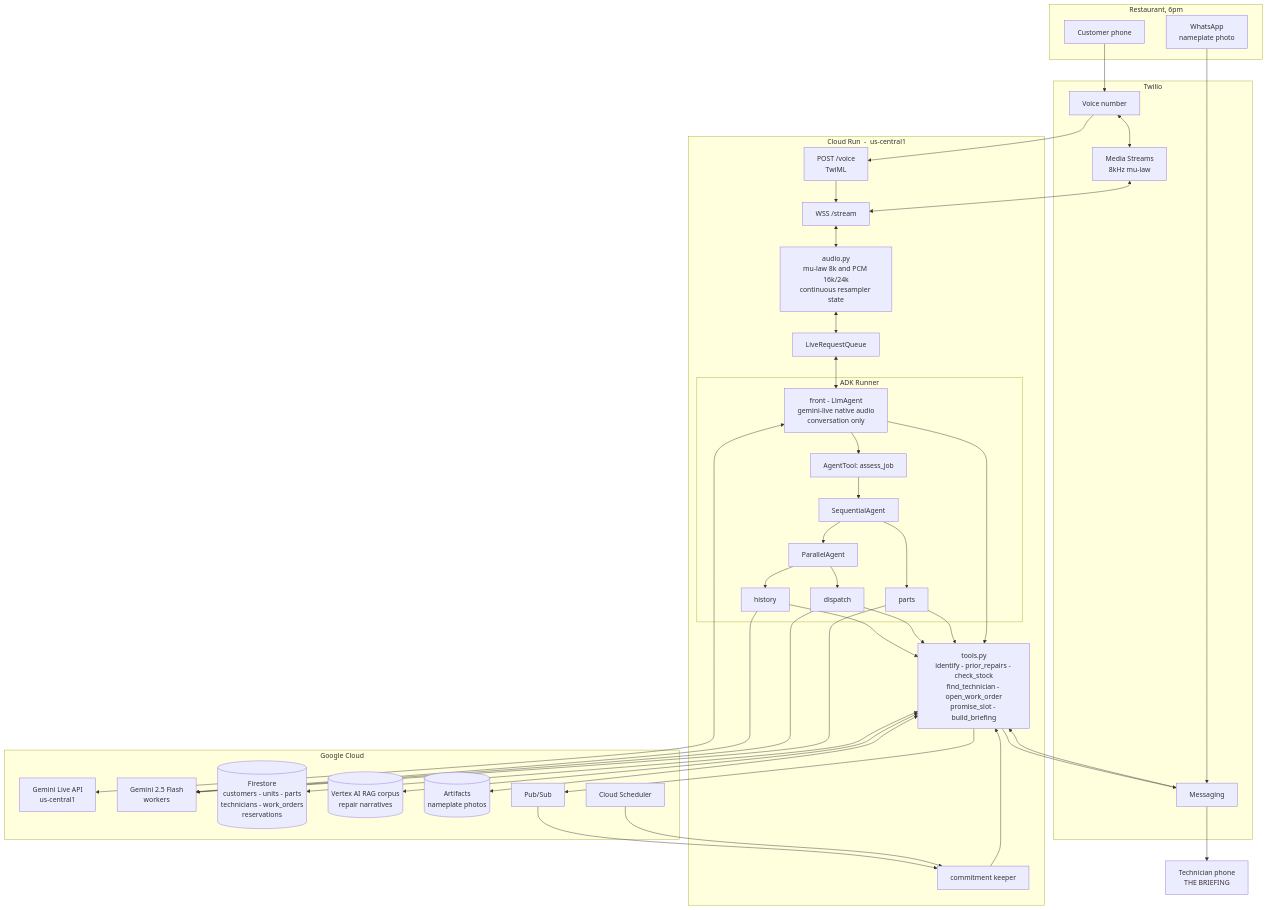
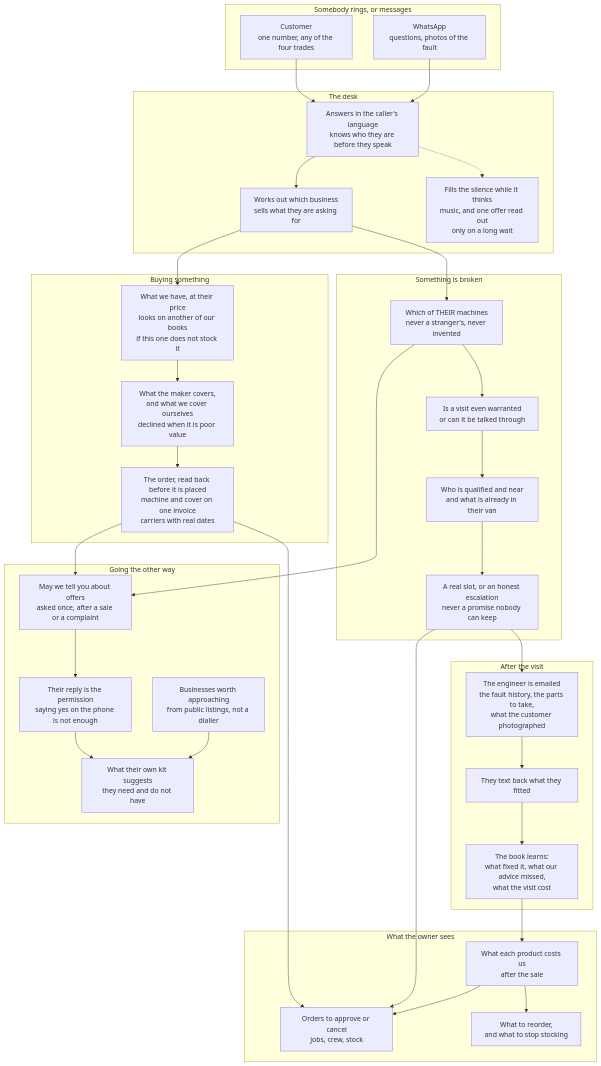
One commit to nirbhay221/praevisum changed the first of 2 diagrams in docs/architecture.md. Above: the diagram before and after it, drawn with Mermaid. The commit also changed other lines of this file and 226 other files, not shown here.

First line of the commit message:
One desk, four businesses, and the guards that make it honest

````diff
--- a/docs/architecture.md
+++ b/docs/architecture.md
@@ -9,64 +24,67 @@
 ```mermaid
 flowchart TB
-    subgraph caller["Restaurant, 6pm"]
-        PHONE["Customer phone"]
-        WA["WhatsApp<br/>nameplate photo"]
+    subgraph who["Somebody rings, or messages"]
+        CALLER["Customer<br/>one number, any of the four trades"]
+        WHATS["WhatsApp<br/>questions, photos of the fault"]
     end
 
-    subgraph twilio["Twilio"]
-        NUM["Voice number"]
-        MS["Media Streams<br/>8kHz mu-law"]
-        MSG["Messaging"]
+    subgraph desk["The desk"]
+        ANSWER["Answers in the caller's language<br/>knows who they are before they speak"]
+        WHOSE["Works out which business<br/>sells what they are asking for"]
+        HOLD["Fills the silence while it thinks<br/>music, and one offer read out<br/>only on a long wait"]
     end
 
-    subgraph run["Cloud Run &nbsp;-&nbsp; us-central1"]
-        VOICE["POST /voice<br/>TwiML"]
-        WS["WSS /stream"]
-        XC["audio.py<br/>mu-law 8k and PCM 16k/24k<br/>continuous resampler state"]
-        LRQ["LiveRequestQueue"]
-
-        subgraph adk["ADK Runner"]
-            FRONT["front - LlmAgent<br/>gemini-live native audio<br/>conversation only"]
-            AT["AgentTool: assess_job"]
-            SEQ["SequentialAgent"]
-            PAR["ParallelAgent"]
-            HIST["history"]
-            DISP["dispatch"]
-            PARTS["parts"]
-        end
-
-        TOOLS["tools.py<br/>identify - prior_repairs - check_stock<br/>find_technician - open_work_order<br/>promise_slot - build_briefing"]
-        KEEP["commitment keeper"]
+    subgraph buying["Buying something"]
+        FIND["What we have, at their price<br/>looks on another of our books<br/>if this one does not stock it"]
+        COVER["What the maker covers,<br/>and what we cover ourselves<br/>declined when it is poor value"]
+        ORDER["The order, read back before it is placed<br/>machine and cover on one invoice<br/>carriers with real dates"]
     end
 
-    subgraph gcp["Google Cloud"]
-        LIVE["Gemini Live API<br/>us-central1"]
-        FLASH["Gemini 2.5 Flash<br/>workers"]
-        FS[("Firestore<br/>customers - units - parts<br/>technicians - work_orders<br/>reservations")]
-        RAG[("Vertex AI RAG corpus<br/>repair narratives")]
-        ART[("Artifacts<br/>nameplate photos")]
-        PS["Pub/Sub"]
-        SCH["Cloud Scheduler"]
+    subgraph service["Something is broken"]
+        WHICH["Which of THEIR machines<br/>never a stranger's, never invented"]
+        WORTH["Is a visit even warranted<br/>or can it be talked through"]
+        WHO["Who is qualified and near<br/>and what is already in their van"]
+        BOOK["A real slot, or an honest escalation<br/>never a promise nobody can keep"]
     end
 
-    TECH["Technician phone<br/>THE BRIEFING"]
+    subgraph after["After the visit"]
+        BRIEF["The engineer is emailed<br/>the fault history, the parts to take,<br/>what the customer photographed"]
+        FITTED["They text back what they fitted"]
+        LEARN["The book learns:<br/>what fixed it, what our advice missed,<br/>what the visit cost"]
+    end
 
-    PHONE --> NUM --> VOICE --> WS
-    NUM <--> MS <--> WS
-    WA --> MSG --> TOOLS
-    WS <--> XC <--> LRQ <--> FRONT
-    FRONT <--> LIVE
-    FRONT --> AT --> SEQ
-    SEQ --> PAR --> HIST & DISP
-    SEQ --> PARTS
-    HIST & DISP & PARTS --> FLASH
-    HIST & DISP & PARTS --> TOOLS
-    FRONT --> TOOLS
-    TOOLS <--> FS
-    TOOLS <--> RAG
-    TOOLS <--> ART
-    TOOLS --> MSG --> TECH
-    TOOLS --> PS --> KEEP
-    SCH --> KEEP
-    KEEP --> TOOLS
+    subgraph owner["What the owner sees"]
+        BOARD["Orders to approve or cancel<br/>jobs, crew, stock"]
+        LOSS["What each product costs us<br/>after the sale"]
+        BUY["What to reorder,<br/>and what to stop stocking"]
+    end
+
+    subgraph out["Going the other way"]
+        ASK["May we tell you about offers<br/>asked once, after a sale or a complaint"]
+        WRITTEN["Their reply is the permission<br/>saying yes on the phone is not enough"]
+        MATCH["What their own kit suggests<br/>they need and do not have"]
+        HUNT["Businesses worth approaching<br/>from public listings, not a dialler"]
+    end
+
+    CALLER --> ANSWER
+    WHATS --> ANSWER
+    ANSWER --> WHOSE
+    ANSWER -.-> HOLD
+    WHOSE --> FIND
+    WHOSE --> WHICH
+
+    FIND --> COVER --> ORDER
+    ORDER --> ASK
+
+    WHICH --> WORTH --> WHO --> BOOK
+    BOOK --> BRIEF --> FITTED --> LEARN
+    WHICH --> ASK
+
+    ORDER --> BOARD
+    BOOK --> BOARD
+    LEARN --> LOSS --> BUY
+    LOSS --> BOARD
+
+    ASK --> WRITTEN --> MATCH
+    HUNT --> MATCH
 ```
````
